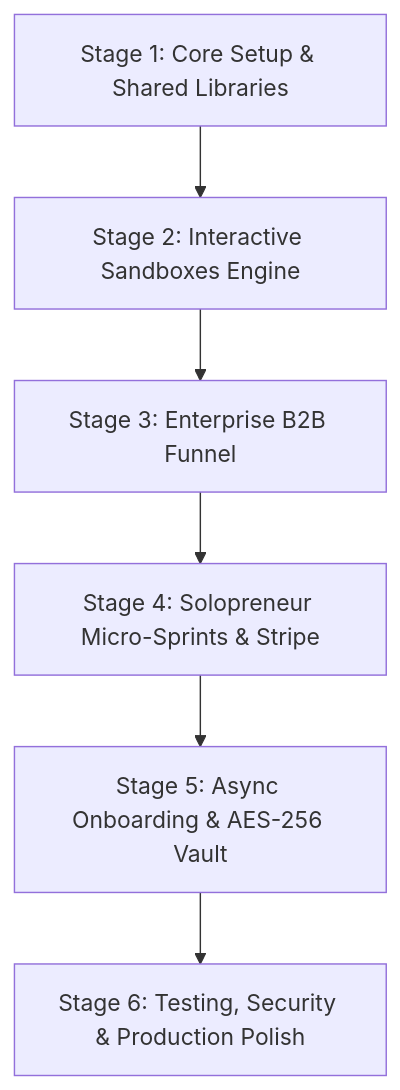
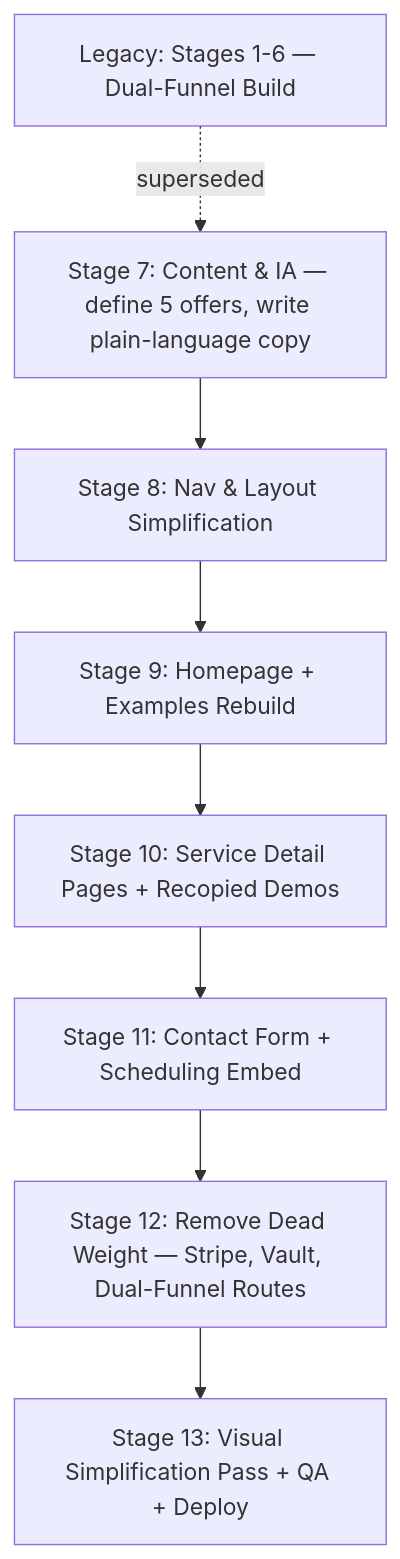
One commit to emiliorl/IxMaOperations changed the diagram in PROJECT_BLUEPRINT.md. Above: the diagram before and after it, drawn with Mermaid. The commit also changed other lines of this file and 17 other files, not shown here.

````diff
--- a/PROJECT_BLUEPRINT.md
+++ b/PROJECT_BLUEPRINT.md
@@ -108,8 +120,10 @@
 ```mermaid
 graph TD
-    S1[Stage 1: Core Setup & Shared Libraries] --> S2[Stage 2: Interactive Sandboxes Engine]
-    S2 --> S3[Stage 3: Enterprise B2B Funnel]
-    S3 --> S4[Stage 4: Solopreneur Micro-Sprints & Stripe]
-    S4 --> S5[Stage 5: Async Onboarding & AES-256 Vault]
-    S5 --> S6[Stage 6: Testing, Security & Production Polish]
+    L[Legacy: Stages 1-6 — Dual-Funnel Build] -.superseded.-> S7
+    S7[Stage 7: Content & IA — define 5 offers, write plain-language copy] --> S8[Stage 8: Nav & Layout Simplification]
+    S8 --> S9[Stage 9: Homepage + Examples Rebuild]
+    S9 --> S10[Stage 10: Service Detail Pages + Recopied Demos]
+    S10 --> S11[Stage 11: Contact Form + Scheduling Embed]
+    S11 --> S12[Stage 12: Remove Dead Weight — Stripe, Vault, Dual-Funnel Routes]
+    S12 --> S13[Stage 13: Visual Simplification Pass + QA + Deploy]
 ```
````
